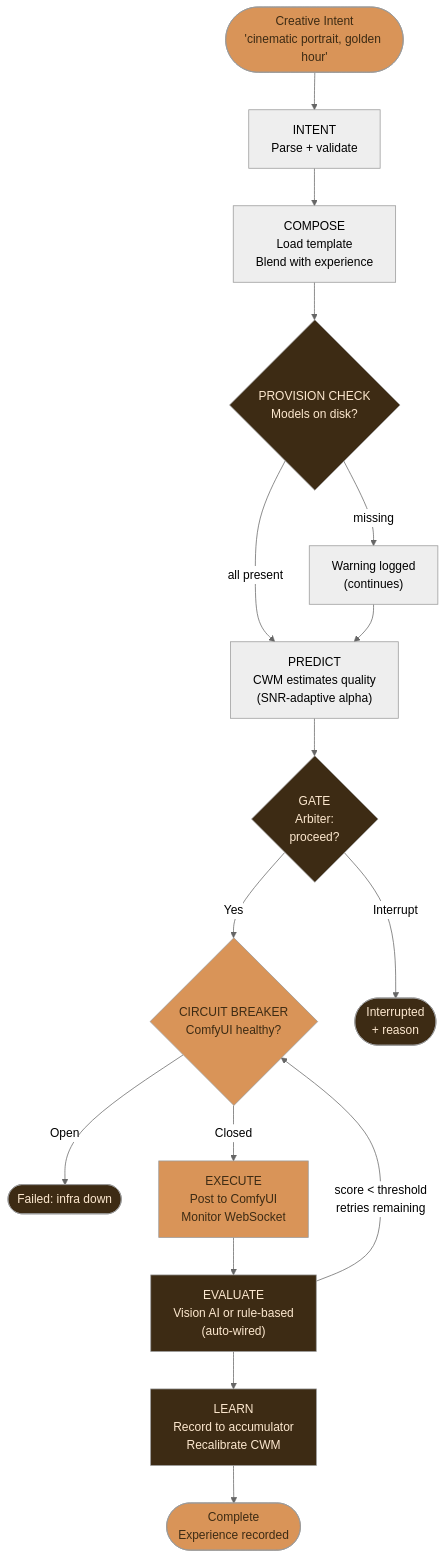
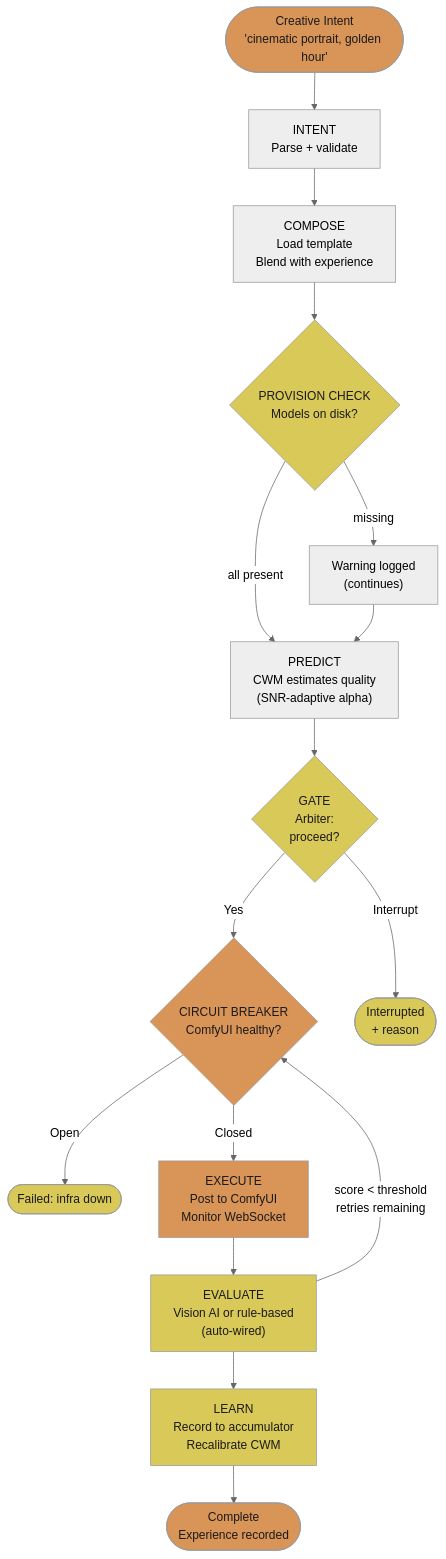
One commit to JosephOIbrahim/Comfy-Cozy changed the tenth of 25 diagrams in README.md. Above: the diagram before and after it, drawn with Mermaid (neutral theme). The commit also changed other lines of this file, not shown here.

First line of the commit message:
[DOCS] Mermaid palette: two-tone muted orange/yellow with black text

````diff
--- a/README.md
+++ b/README.md
@@ -587,29 +587,29 @@
 ```mermaid
 flowchart TD
     You(["Creative Intent<br/>'cinematic portrait, golden hour'"]) --> INTENT["INTENT<br/>Parse + validate"]
     INTENT --> COMPOSE["COMPOSE<br/>Load template<br/>Blend with experience"]
     COMPOSE --> PROVISION{"PROVISION CHECK<br/>Models on disk?"}
     PROVISION -->|"missing"| WARN["Warning logged<br/>(continues)"]
     PROVISION -->|"all present"| PREDICT
     WARN --> PREDICT["PREDICT<br/>CWM estimates quality<br/>(SNR-adaptive alpha)"]
     PREDICT --> GATE{"GATE<br/>Arbiter:<br/>proceed?"}
     GATE -->|Yes| CB{"CIRCUIT BREAKER<br/>ComfyUI healthy?"}
     GATE -->|Interrupt| STOP(["Interrupted<br/>+ reason"])
     CB -->|Open| FAIL(["Failed: infra down"])
     CB -->|Closed| EXECUTE["EXECUTE<br/>Post to ComfyUI<br/>Monitor WebSocket"]
     EXECUTE --> EVALUATE["EVALUATE<br/>Vision AI or rule-based<br/>(auto-wired)"]
     EVALUATE --> LEARN["LEARN<br/>Record to accumulator<br/>Recalibrate CWM"]
     LEARN --> DONE(["Complete<br/>Experience recorded"])
     EVALUATE -->|"score < threshold<br/>retries remaining"| CB
 
-    style You fill:#d99458,color:#3d2b14
-    style GATE fill:#3d2b14,color:#fde8cf
-    style CB fill:#d99458,color:#3d2b14
-    style EXECUTE fill:#d99458,color:#3d2b14
-    style EVALUATE fill:#3d2b14,color:#fde8cf
-    style LEARN fill:#3d2b14,color:#fde8cf
-    style DONE fill:#d99458,color:#3d2b14
-    style STOP fill:#3d2b14,color:#fde8cf
-    style FAIL fill:#3d2b14,color:#fde8cf
-    style PROVISION fill:#3d2b14,color:#fde8cf
+    style You fill:#d99458,color:#1a1a1a
+    style GATE fill:#d9c958,color:#1a1a1a
+    style CB fill:#d99458,color:#1a1a1a
+    style EXECUTE fill:#d99458,color:#1a1a1a
+    style EVALUATE fill:#d9c958,color:#1a1a1a
+    style LEARN fill:#d9c958,color:#1a1a1a
+    style DONE fill:#d99458,color:#1a1a1a
+    style STOP fill:#d9c958,color:#1a1a1a
+    style FAIL fill:#d9c958,color:#1a1a1a
+    style PROVISION fill:#d9c958,color:#1a1a1a
 ```
````
